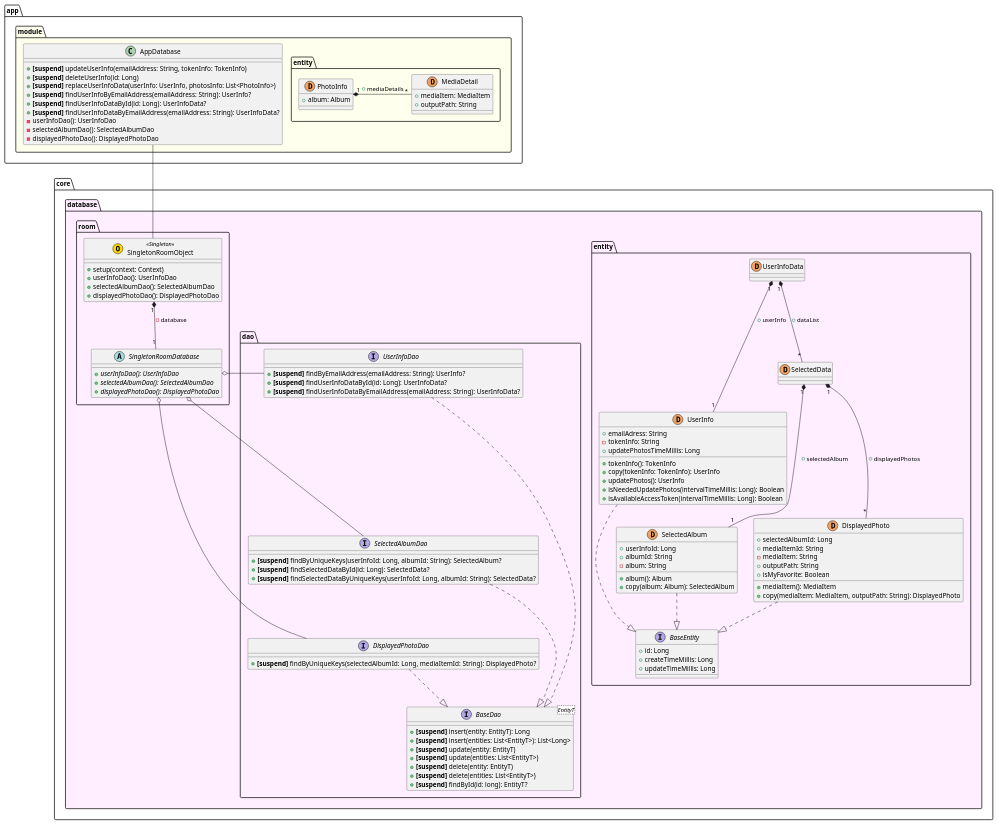
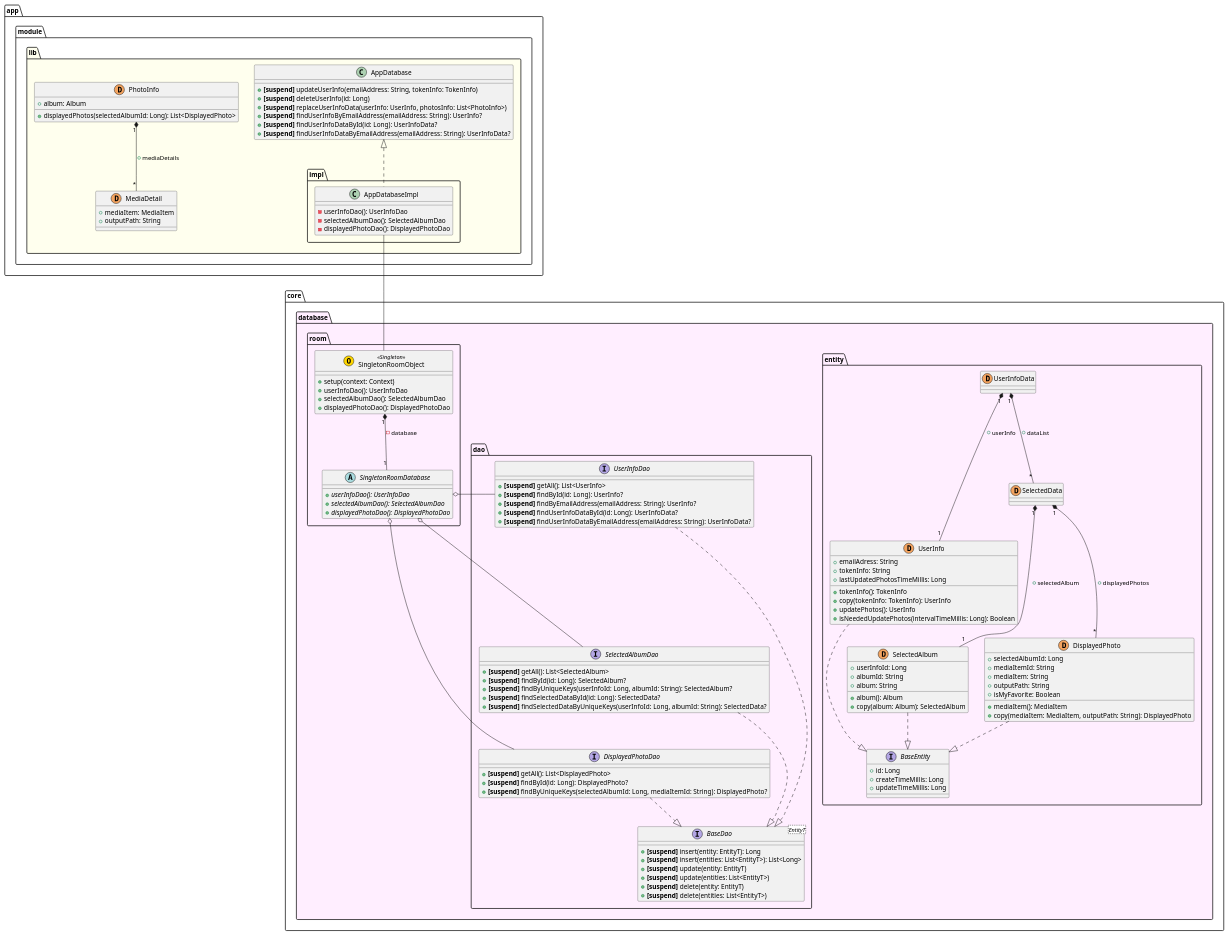
Before and after one commit to sallyluenoa/PhotoSlideShow: the diagram in uml/database/class_diagram_database.md, drawn with PlantUML. The commit also changed 18 other files, not shown here.

First line of the commit message:
Write UML for design #13

```diff
--- a/uml/database/class_diagram_database.md
+++ b/uml/database/class_diagram_database.md
@@ -9,25 +9,24 @@
     }
     class UserInfo << (D, sandybrown) >> {
       + emailAdress: String
-      - tokenInfo: String
-      + updatePhotosTimeMillis: Long
+      + tokenInfo: String
+      + lastUpdatedPhotosTimeMillis: Long
       + tokenInfo(): TokenInfo
       + copy(tokenInfo: TokenInfo): UserInfo
       + updatePhotos(): UserInfo
       + isNeededUpdatePhotos(intervalTimeMillis: Long): Boolean
-      + isAvailableAccessToken(intervalTimeMillis: Long): Boolean
     }
     class SelectedAlbum << (D, sandybrown) >> {
       + userInfoId: Long
       + albumId: String
-      - album: String
+      + album: String
       + album(): Album
       + copy(album: Album): SelectedAlbum
     }
     class DisplayedPhoto << (D, sandybrown) >> {
       + selectedAlbumId: Long
       + mediaItemId: String
-      - mediaItem: String
+      + mediaItem: String
       + outputPath: String
       + isMyFavorite: Boolean
       + mediaItem(): MediaItem
@@ -54,19 +53,24 @@
       + <B>[suspend]</B> update(entities: List<EntityT>)
       + <B>[suspend]</B> delete(entity: EntityT)
       + <B>[suspend]</B> delete(entities: List<EntityT>)
-      + <B>[suspend]</B> findById(id: long): EntityT?
     }
     interface UserInfoDao {
+      + <B>[suspend]</B> getAll(): List<UserInfo>
+      + <B>[suspend]</B> findById(id: Long): UserInfo?
       + <B>[suspend]</B> findByEmailAddress(emailAddress: String): UserInfo?
       + <B>[suspend]</B> findUserInfoDataById(id: Long): UserInfoData?
       + <B>[suspend]</B> findUserInfoDataByEmailAddress(emailAddress: String): UserInfoData?
     }
     interface SelectedAlbumDao {
+      + <B>[suspend]</B> getAll(): List<SelectedAlbum>
+      + <B>[suspend]</B> findById(id: Long): SelectedAlbum?
       + <B>[suspend]</B> findByUniqueKeys(userInfoId: Long, albumId: String): SelectedAlbum?
       + <B>[suspend]</B> findSelectedDataById(id: Long): SelectedData?
       + <B>[suspend]</B> findSelectedDataByUniqueKeys(userInfoId: Long, albumId: String): SelectedData?
     }
     interface DisplayedPhotoDao {
+      + <B>[suspend]</B> getAll(): List<DisplayedPhoto>
+      + <B>[suspend]</B> findById(id: Long): DisplayedPhoto?
       + <B>[suspend]</B> findByUniqueKeys(selectedAlbumId: Long, mediaItemId: String): DisplayedPhoto?
     }
 
@@ -95,19 +99,17 @@
   }
 }
 
-namespace app.module #FFFFEE {
+namespace app.module.lib #FFFFEE {
 
-  namespace entity {
-    class PhotoInfo << (D, sandybrown) >> {
-      + album: Album
-    }
-    class MediaDetail << (D, sandybrown) >> {
-      + mediaItem: MediaItem
-      + outputPath: String
-    }
-
-    PhotoInfo "1" *-right- "*" MediaDetail: + mediaDetails
-  } 
+  class PhotoInfo << (D, sandybrown) >> {
+    + album: Album
+    + displayedPhotos(selectedAlbumId: Long): List<DisplayedPhoto>
+  }
+  class MediaDetail << (D, sandybrown) >> {
+    + mediaItem: MediaItem
+    + outputPath: String
+  }
+  PhotoInfo "1" *-- "*" MediaDetail: + mediaDetails
 
   class AppDatabase {
     + <B>[suspend]</B> updateUserInfo(emailAddress: String, tokenInfo: TokenInfo)
@@ -116,9 +118,13 @@
     + <B>[suspend]</B> findUserInfoByEmailAddress(emailAddress: String): UserInfo?
     + <B>[suspend]</B> findUserInfoDataById(id: Long): UserInfoData?
     + <B>[suspend]</B> findUserInfoDataByEmailAddress(emailAddress: String): UserInfoData?
-    - userInfoDao(): UserInfoDao
-    - selectedAlbumDao(): SelectedAlbumDao
-    - displayedPhotoDao(): DisplayedPhotoDao
+  }
+  namespace impl {
+    class AppDatabaseImpl {
+      - userInfoDao(): UserInfoDao
+      - selectedAlbumDao(): SelectedAlbumDao
+      - displayedPhotoDao(): DisplayedPhotoDao
+    }
   }
 }
 
@@ -126,5 +132,6 @@
 core.database.room.SingletonRoomDatabase o-right- core.database.dao.SelectedAlbumDao
 core.database.room.SingletonRoomDatabase o-right- core.database.dao.DisplayedPhotoDao
 
-app.module.AppDatabase -- core.database.room.SingletonRoomObject
+app.module.lib.impl.AppDatabaseImpl .up.|> app.module.lib.AppDatabase
+app.module.lib.impl.AppDatabaseImpl -- core.database.room.SingletonRoomObject
 @enduml
```
